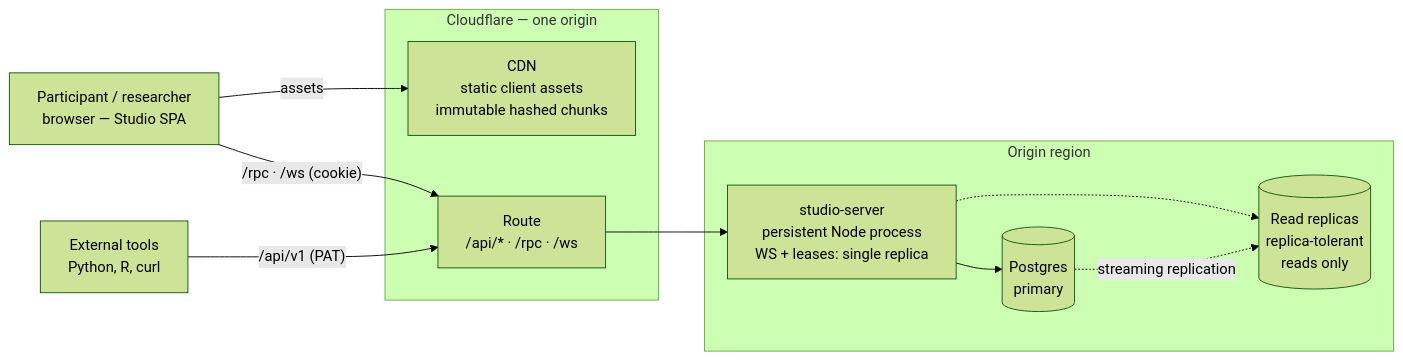
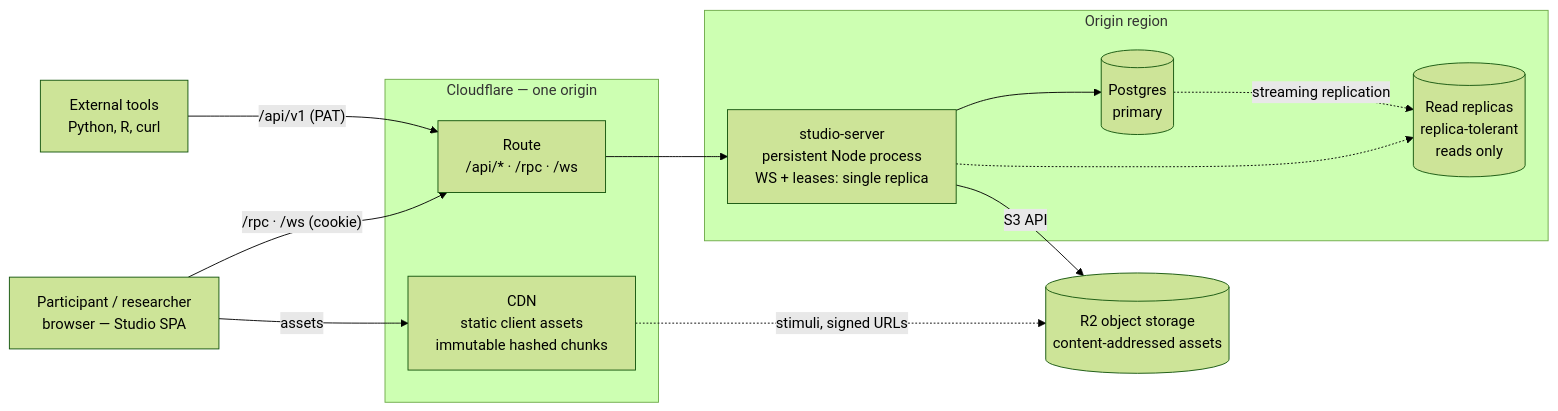
Before and after one commit to complexdatacollective/network-canvas-monorepo: the first of 2 diagrams in apps/studio/README.md, drawn with Mermaid (forest theme). The commit also changed other lines of this file and 9 other files, not shown here.

````diff
--- a/apps/studio/README.md
+++ b/apps/studio/README.md
@@ -88,24 +101,28 @@
 ```mermaid
 graph LR
     P[Participant / researcher<br/>browser — Studio SPA]
     X[External tools<br/>Python, R, curl]
 
     subgraph CF[Cloudflare — one origin]
         CDN[CDN<br/>static client assets<br/>immutable hashed chunks]
         RT[Route<br/>/api/* · /rpc · /ws]
     end
 
     subgraph O[Origin region]
         S[studio-server<br/>persistent Node process<br/>WS + leases: single replica]
         PG[(Postgres<br/>primary)]
         RR[(Read replicas<br/>replica-tolerant<br/>reads only)]
     end
 
+    R2[(R2 object storage<br/>content-addressed assets)]
+
     P -->|assets| CDN
     P -->|"/rpc · /ws (cookie)"| RT
     X -->|"/api/v1 (PAT)"| RT
     RT --> S
     S --> PG
     S -.-> RR
     PG -.->|streaming replication| RR
+    S -->|S3 API| R2
+    CDN -.->|stimuli, signed URLs| R2
 ```
````
